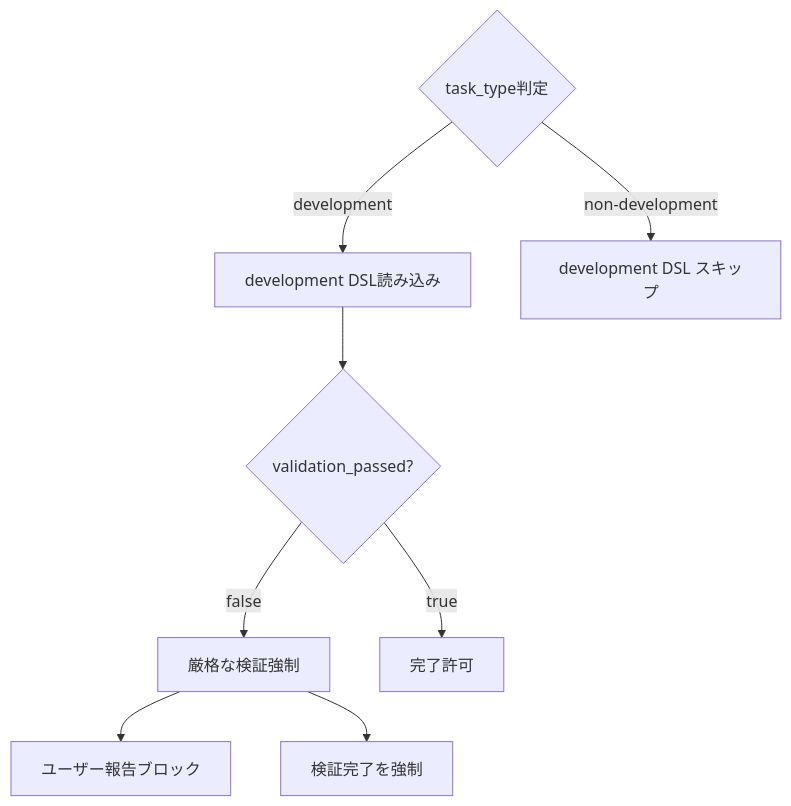
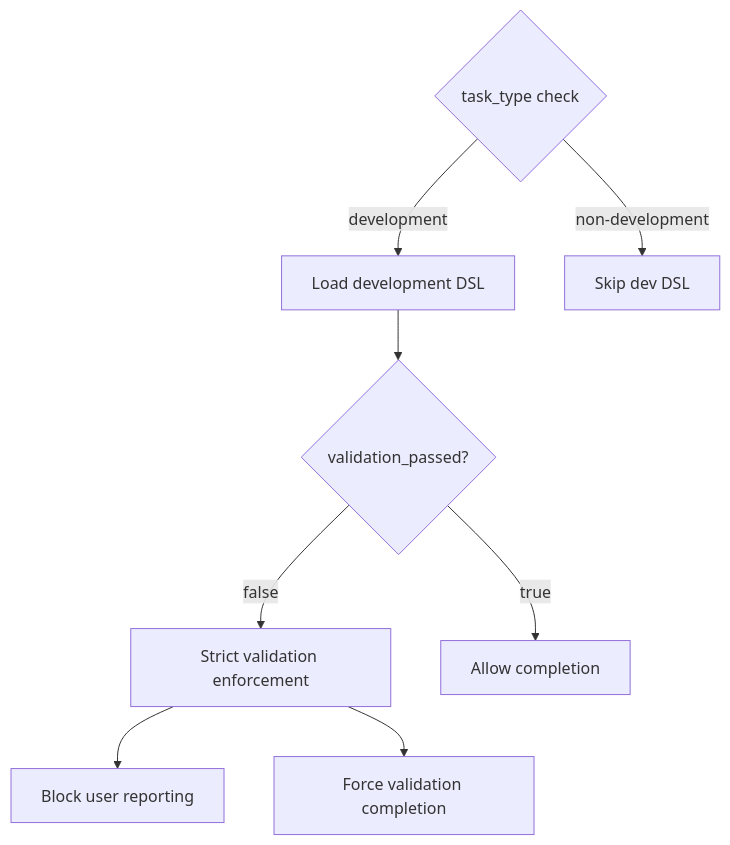
One commit to reivosar/claude-code-engineering-guide changed the fourth of 6 diagrams in dsl/FLOW.md. Above: the diagram before and after it, drawn with Mermaid. The commit also changed other lines of this file and 1 other file, not shown here.

First line of the commit message:
UPDATE: Convert FLOW.md to English and add link from README

````diff
--- a/dsl/FLOW.md
+++ b/dsl/FLOW.md
@@ -69,12 +69,12 @@
 ```mermaid
 graph TD
-    TaskType{task_type判定} -->|development| LoadDevDSL[development DSL読み込み]
-    TaskType -->|non-development| SkipDev[development DSL スキップ]
+    TaskType{task_type check} -->|development| LoadDevDSL[Load development DSL]
+    TaskType -->|non-development| SkipDev[Skip dev DSL]
     
     LoadDevDSL --> ValidationVar{validation_passed?}
-    ValidationVar -->|false| EnforceValidation[厳格な検証強制]
-    ValidationVar -->|true| AllowComplete[完了許可]
+    ValidationVar -->|false| EnforceValidation[Strict validation enforcement]
+    ValidationVar -->|true| AllowComplete[Allow completion]
     
-    EnforceValidation --> BlockReport[ユーザー報告ブロック]
-    EnforceValidation --> ForceValidation[検証完了を強制]
+    EnforceValidation --> BlockReport[Block user reporting]
+    EnforceValidation --> ForceValidation[Force validation completion]
 ```
````
